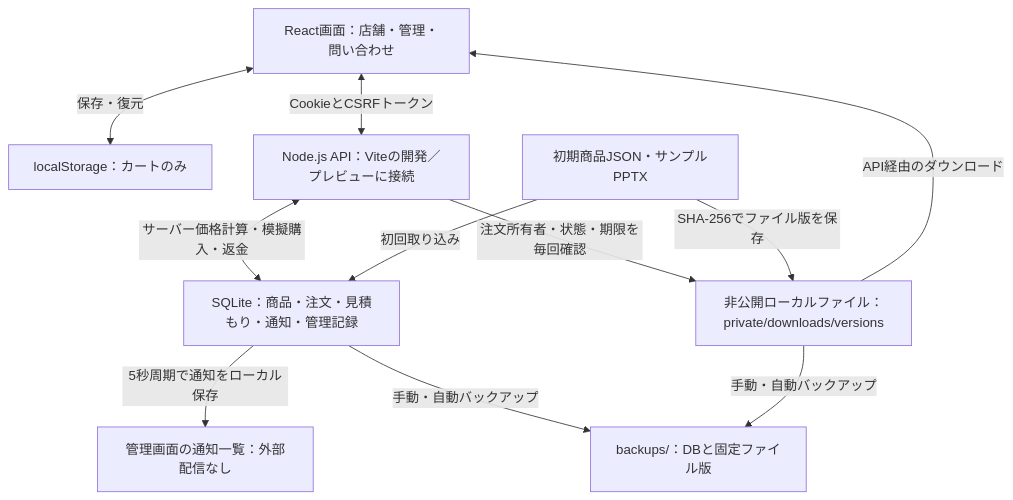
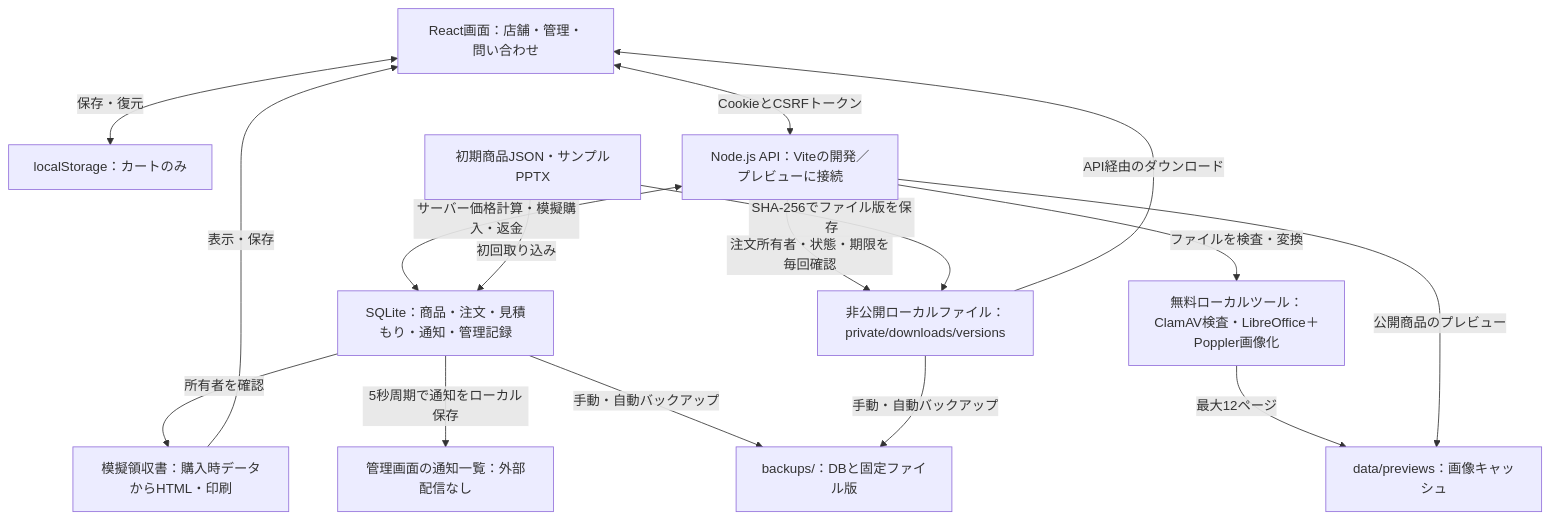
The diagram in README.md (tamina0624-study/ec_site_sample), drawn with Mermaid before and after one commit. The commit also changed other lines of this file and 22 other files, not shown here.

````diff
--- a/README.md
+++ b/README.md
@@ -140,21 +165,29 @@
 ```mermaid
 flowchart TD
     browser["React画面：店舗・管理・問い合わせ"]
     cart["localStorage：カートのみ"]
     api["Node.js API：Viteの開発／プレビューに接続"]
     db["SQLite：商品・注文・見積もり・通知・管理記録"]
     files["非公開ローカルファイル：private/downloads/versions"]
     inbox["管理画面の通知一覧：外部配信なし"]
+    assets["無料ローカルツール：ClamAV検査・LibreOffice＋Poppler画像化"]
+    previews["data/previews：画像キャッシュ"]
+    receipt["模擬領収書：購入時データからHTML・印刷"]
     seed["初期商品JSON・サンプルPPTX"]
     backup["backups/：DBと固定ファイル版"]
     browser <-->|保存・復元| cart
     browser <-->|CookieとCSRFトークン| api
     api <-->|サーバー価格計算・模擬購入・返金| db
+    api -->|ファイルを検査・変換| assets
+    assets -->|最大12ページ| previews
+    api -->|公開商品のプレビュー| previews
+    db -->|所有者を確認| receipt
+    receipt -->|表示・保存| browser
     api -->|注文所有者・状態・期限を毎回確認| files
     files -->|API経由のダウンロード| browser
     db -->|5秒周期で通知をローカル保存| inbox
     seed -->|初回取り込み| db
     seed -->|SHA-256でファイル版を保存| files
     db -->|手動・自動バックアップ| backup
     files -->|手動・自動バックアップ| backup
 ```
````
